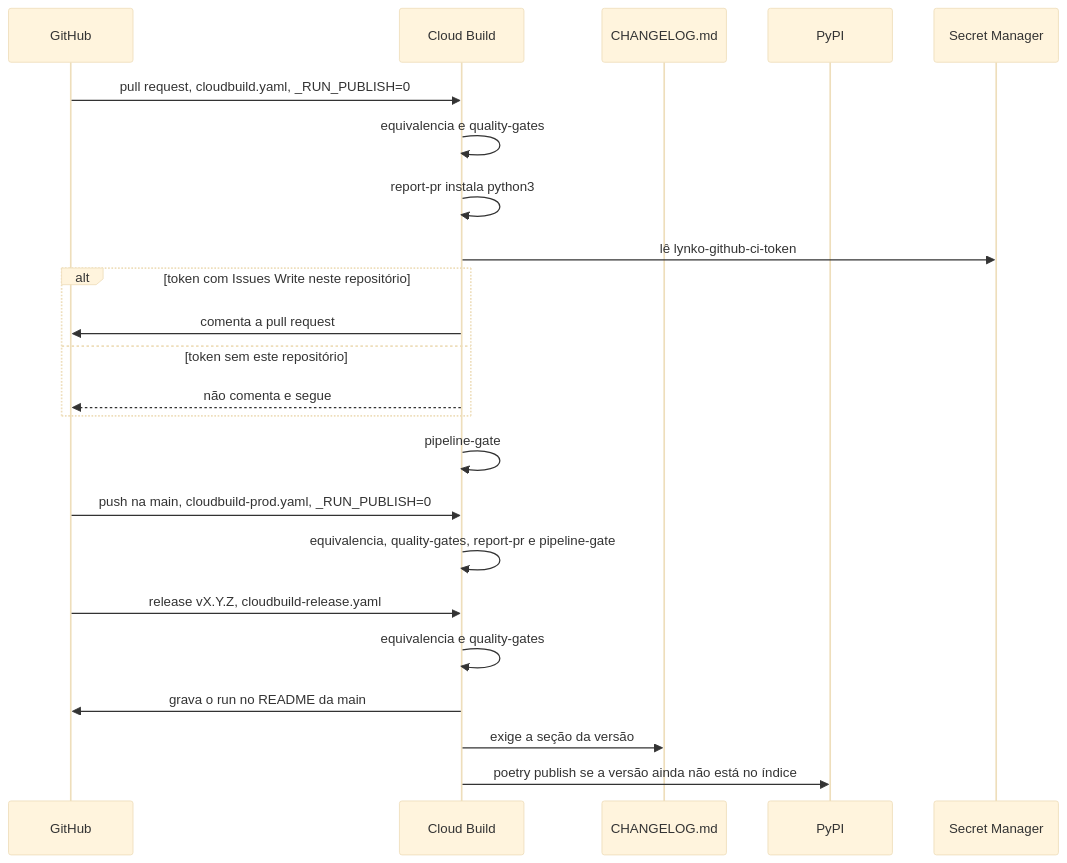
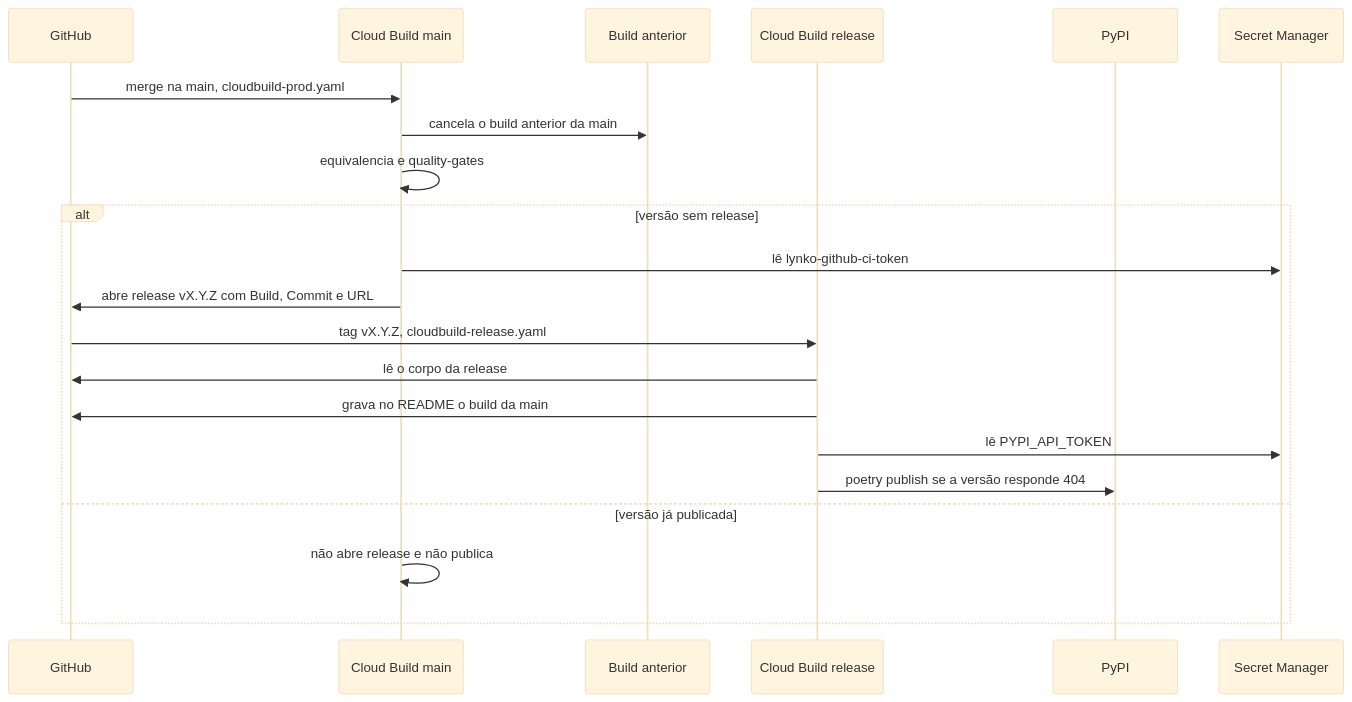
One commit to garusocruz/calculadora-rtc-simples-nacional changed the second of 3 diagrams in docs/publicacao-flow.md. Above: the diagram before and after it, drawn with Mermaid (base theme). The commit also changed other lines of this file and 11 other files, not shown here.

First line of the commit message:
fix: cancela o build anterior e abre a 0.4.0 (#6)

````diff
--- a/docs/publicacao-flow.md
+++ b/docs/publicacao-flow.md
@@ -28,25 +32,23 @@
 ```mermaid
 sequenceDiagram
   participant GH as GitHub
-  participant CB as Cloud Build
-  participant CL as CHANGELOG.md
+  participant Main as Cloud Build main
+  participant Old as Build anterior
+  participant Rel as Cloud Build release
   participant Py as PyPI
   participant SM as Secret Manager
-  GH->>CB: pull request, cloudbuild.yaml, _RUN_PUBLISH=0
-  CB->>CB: equivalencia e quality-gates
-  CB->>CB: report-pr instala python3
-  CB->>SM: lê lynko-github-ci-token
-  alt token com Issues Write neste repositório
-    CB->>GH: comenta a pull request
-  else token sem este repositório
-    CB-->>GH: não comenta e segue
+  GH->>Main: merge na main, cloudbuild-prod.yaml
+  Main->>Old: cancela o build anterior da main
+  Main->>Main: equivalencia e quality-gates
+  alt versão sem release
+    Main->>SM: lê lynko-github-ci-token
+    Main->>GH: abre release vX.Y.Z com Build, Commit e URL
+    GH->>Rel: tag vX.Y.Z, cloudbuild-release.yaml
+    Rel->>GH: lê o corpo da release
+    Rel->>GH: grava no README o build da main
+    Rel->>SM: lê PYPI_API_TOKEN
+    Rel->>Py: poetry publish se a versão responde 404
+  else versão já publicada
+    Main->>Main: não abre release e não publica
   end
-  CB->>CB: pipeline-gate
-  GH->>CB: push na main, cloudbuild-prod.yaml, _RUN_PUBLISH=0
-  CB->>CB: equivalencia, quality-gates, report-pr e pipeline-gate
-  GH->>CB: release vX.Y.Z, cloudbuild-release.yaml
-  CB->>CB: equivalencia e quality-gates
-  CB->>GH: grava o run no README da main
-  CB->>CL: exige a seção da versão
-  CB->>Py: poetry publish se a versão ainda não está no índice
 ```
````
